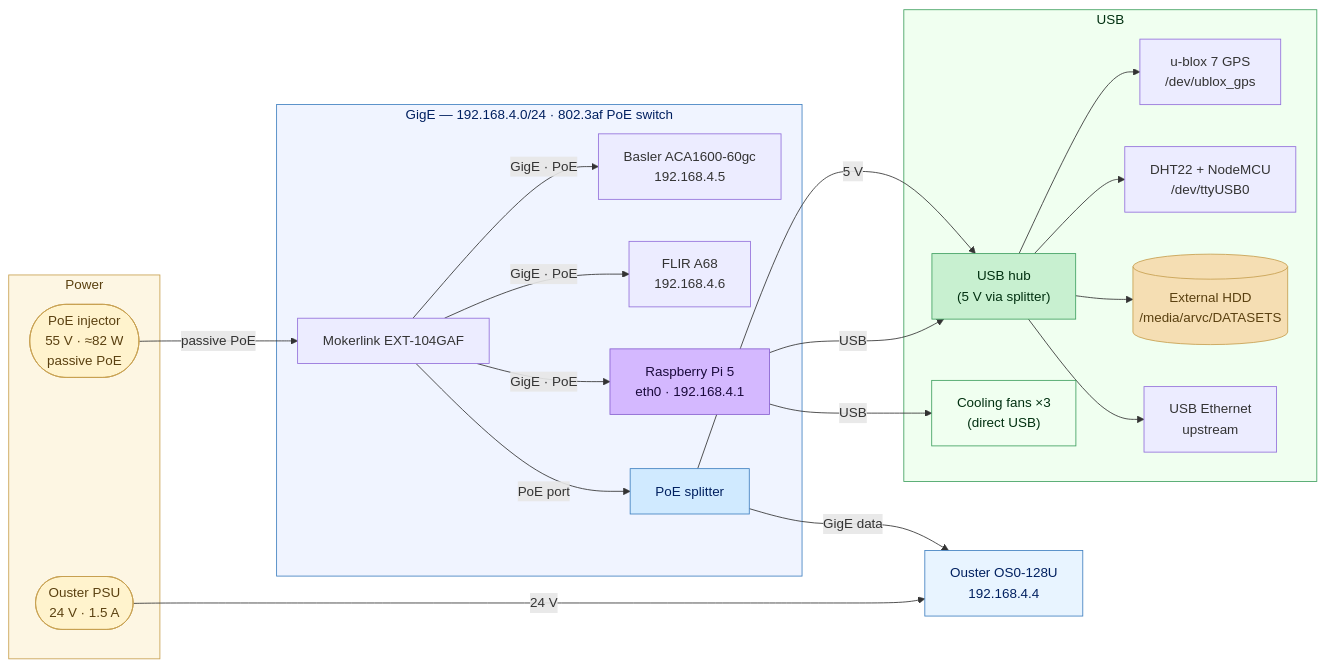
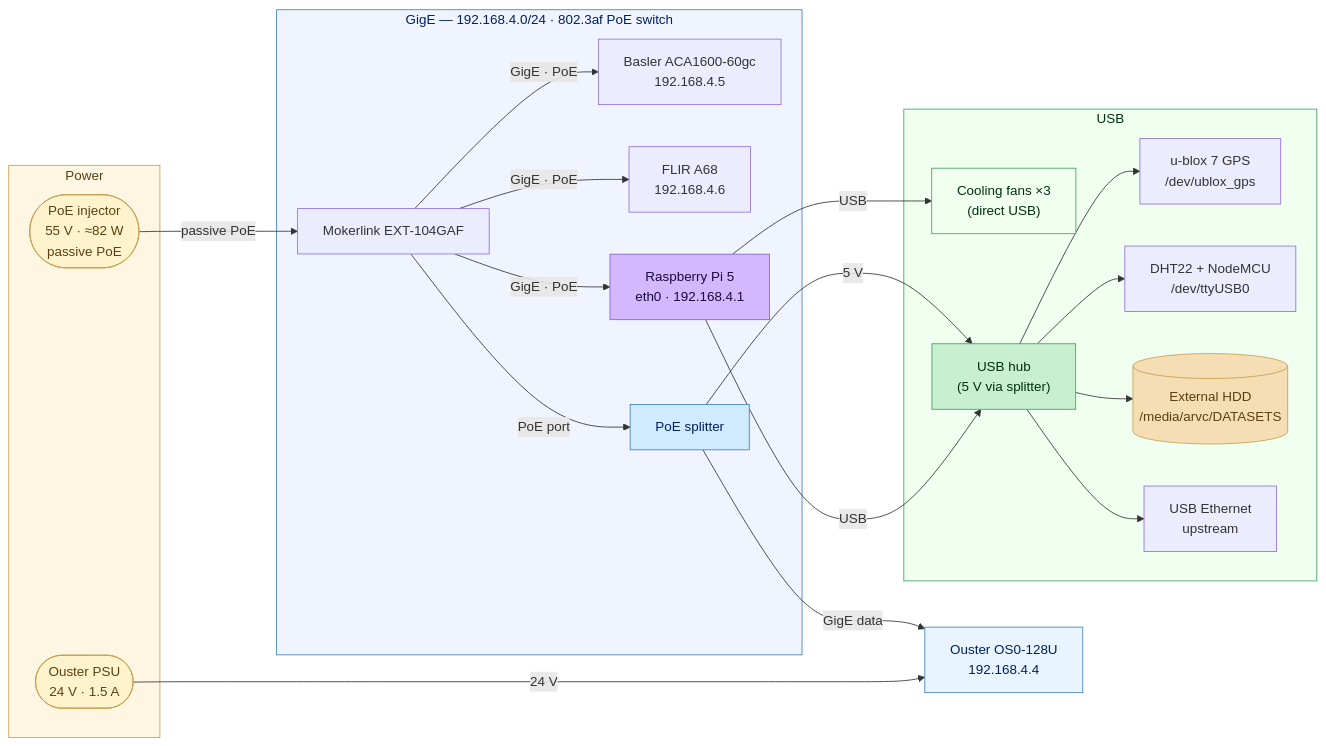
The first of 3 diagrams in README.md (enheragu/hitos_setup), drawn with Mermaid before and after one commit. The commit also changed other lines of this file and 48 other files, not shown here.

````diff
--- a/README.md
+++ b/README.md
@@ -25,53 +25,53 @@
 ```mermaid
 flowchart LR
     subgraph PWR["Power"]
         INJ(["PoE injector\n55 V · ≈82 W\npassive PoE"])
         PSU(["Ouster PSU\n24 V · 1.5 A"])
     end
 
     subgraph POE["GigE — 192.168.4.0/24  ·  802.3af PoE switch"]
         SWITCH["Mokerlink EXT-104GAF"]
         BASLER["Basler ACA1600-60gc\n192.168.4.5"]
         FLIR["FLIR A68\n192.168.4.6"]
         RPI["Raspberry Pi 5\neth0 · 192.168.4.1"]
         SPLIT["PoE splitter"]
     end
 
     OUSTER["Ouster OS0-128U\n192.168.4.4"]
 
     subgraph USB_GRP["USB"]
+        FANS["Cooling fans ×3\n(direct USB)"]
         HUB["USB hub\n(5 V via splitter)"]
         GPS["u-blox 7 GPS\n/dev/ublox_gps"]
         DHT["DHT22 + NodeMCU\n/dev/ttyUSB0"]
         HDD[("External HDD\n/media/arvc/DATASETS")]
         ETH["USB Ethernet\nupstream"]
-        FANS["Cooling fans ×3\n(direct USB)"]
     end
 
     INJ    -->|passive PoE| SWITCH
     SWITCH -->|GigE · PoE| BASLER
     SWITCH -->|GigE · PoE| FLIR
     SWITCH -->|GigE · PoE| RPI
     SWITCH -->|PoE port| SPLIT
     SPLIT  -->|GigE data| OUSTER
     PSU    -->|24 V| OUSTER
     SPLIT  -->|5 V| HUB
     RPI    -->|USB| HUB
     HUB    --> GPS
     HUB    --> DHT
     HUB    --> HDD
     HUB    --> ETH
     RPI    -->|USB| FANS
 
     style PWR     fill:#fdf6e3,stroke:#c8a050,color:#5a4010
     style POE     fill:#f0f4ff,stroke:#4080c0,color:#002060
     style USB_GRP fill:#f0fff0,stroke:#40a060,color:#003010
     style INJ     fill:#fff3cd,stroke:#c8a050,color:#5a4010
     style PSU     fill:#fff3cd,stroke:#c8a050,color:#5a4010
     style RPI     fill:#d4b8ff,stroke:#8860d0,color:#1a0a3c
     style SPLIT   fill:#d0eaff,stroke:#4080c0,color:#002060
     style OUSTER  fill:#e8f4ff,stroke:#4080c0,color:#002060
     style HUB     fill:#c8f0d0,stroke:#40a060,color:#003010
     style HDD     fill:#f5deb3,stroke:#c8a050,color:#5a4010
     style FANS    fill:#f0fff0,stroke:#40a060,color:#003010
 ```
````
